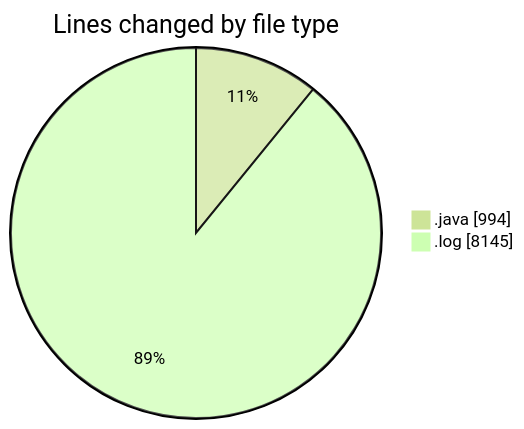
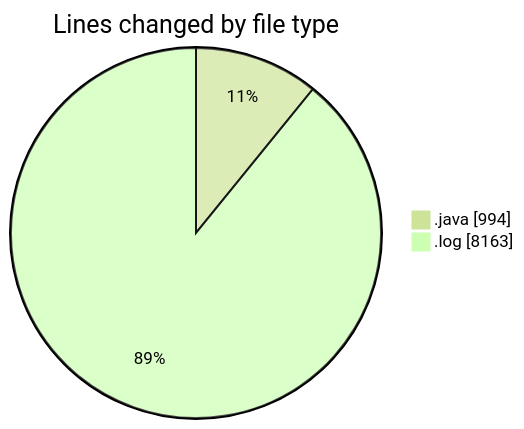
The first of 2 diagrams in 2026-04-07/cilapp/README.md (ricardozamudiocil/code-tracking), drawn with Mermaid (forest theme) before and after one commit. The commit also changed other lines of this file and 1 other file, not shown here.

````diff
--- a/2026-04-07/cilapp/README.md
+++ b/2026-04-07/cilapp/README.md
@@ -23,6 +23,6 @@
 ```mermaid
 pie showData
 title Lines changed by file type
 ".java" : 994
-".log" : 8145
+".log" : 8163
 ```
````
